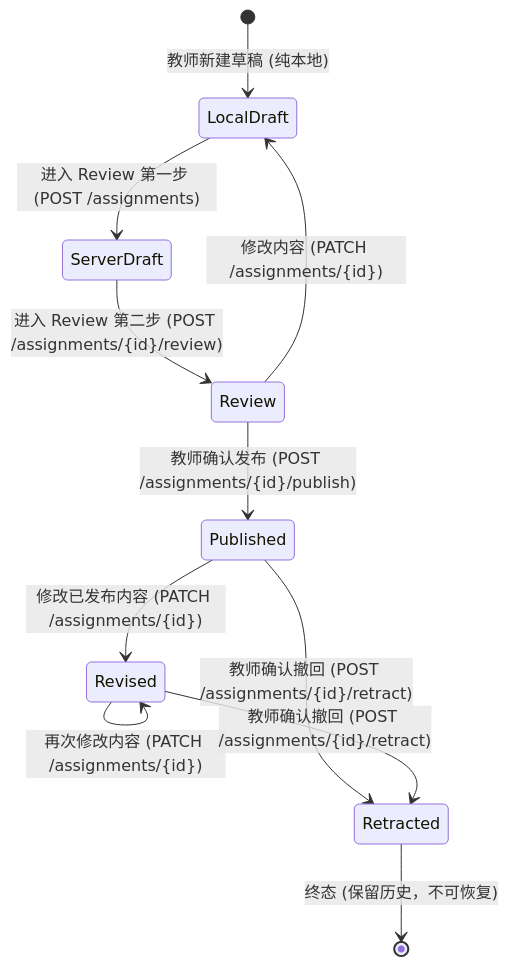
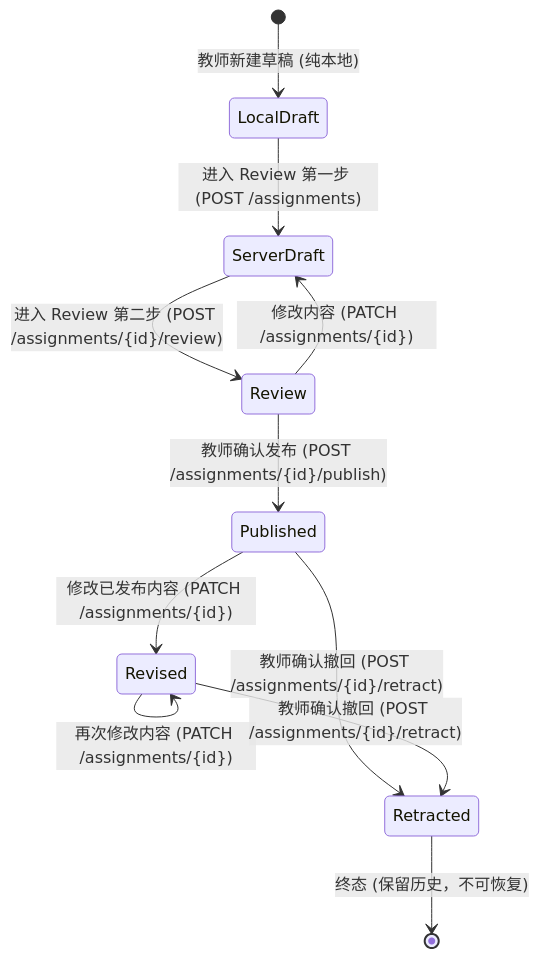
The diagram in docs/teacher/ONE-PUBLISH-FLOW.md (manyIwant/haiz), drawn with Mermaid before and after one commit. The commit also changed other lines of this file and 32 other files, not shown here.

````diff
--- a/docs/teacher/ONE-PUBLISH-FLOW.md
+++ b/docs/teacher/ONE-PUBLISH-FLOW.md
@@ -13,13 +13,13 @@
 ```mermaid
 stateDiagram-v2
     [*] --> LocalDraft: 教师新建草稿 (纯本地)
     LocalDraft --> ServerDraft: 进入 Review 第一步 (POST /assignments)
     ServerDraft --> Review: 进入 Review 第二步 (POST /assignments/{id}/review)
-    Review --> LocalDraft: 修改内容 (PATCH /assignments/{id})
+    Review --> ServerDraft: 修改内容 (PATCH /assignments/{id})
     Review --> Published: 教师确认发布 (POST /assignments/{id}/publish)
     Published --> Revised: 修改已发布内容 (PATCH /assignments/{id})
     Revised --> Revised: 再次修改内容 (PATCH /assignments/{id})
     Published --> Retracted: 教师确认撤回 (POST /assignments/{id}/retract)
     Revised --> Retracted: 教师确认撤回 (POST /assignments/{id}/retract)
     Retracted --> [*]: 终态 (保留历史，不可恢复)
 ```
````
